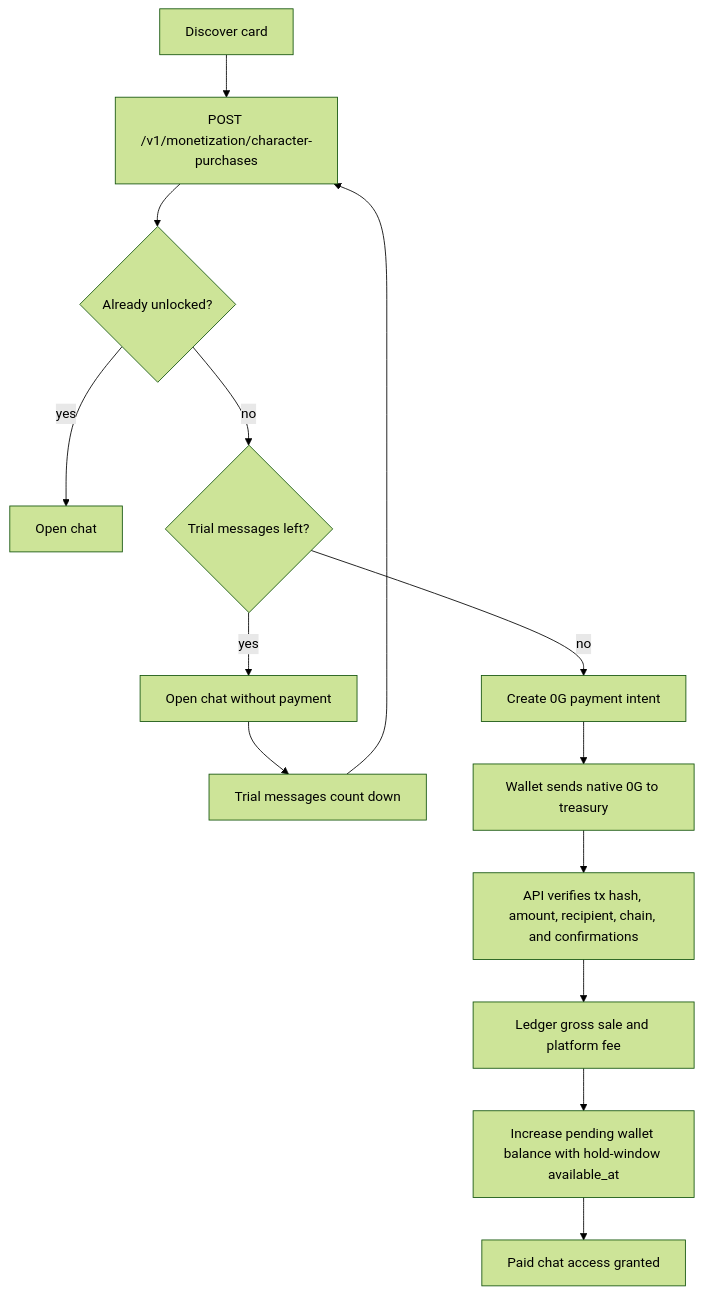
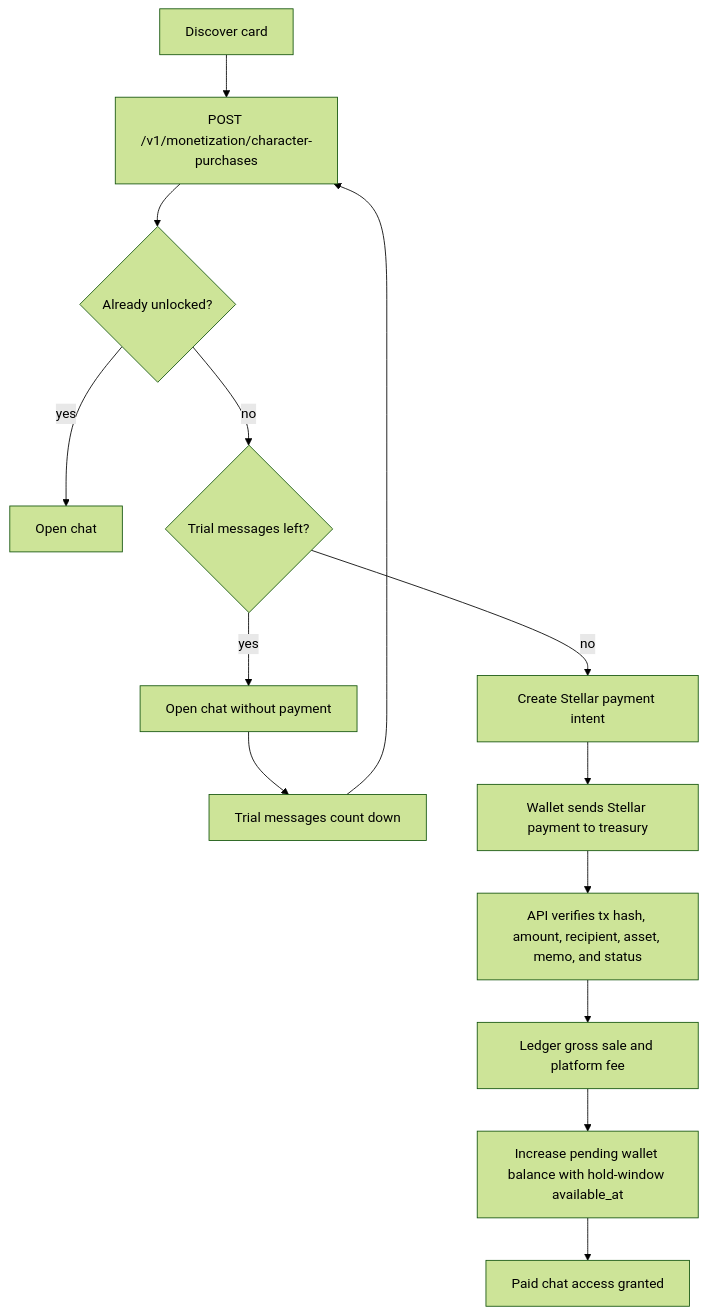
Before and after one commit to Afnanksalal/hana-chat: the first of 2 diagrams in docs/monetization-payouts.md, drawn with Mermaid (forest theme). The commit also changed other lines of this file and 61 other files, not shown here.

First line of the commit message:
Release Stellar payment and memory cutover

````diff
--- a/docs/monetization-payouts.md
+++ b/docs/monetization-payouts.md
@@ -32,16 +32,16 @@
 ```mermaid
 flowchart TD
   Discover["Discover card"] --> CreatePurchase["POST /v1/monetization/character-purchases"]
   CreatePurchase --> AlreadyPaid{"Already unlocked?"}
   AlreadyPaid -- yes --> Chat["Open chat"]
   AlreadyPaid -- no --> Trial{"Trial messages left?"}
   Trial -- yes --> TrialChat["Open chat without payment"]
   TrialChat --> TrialDone["Trial messages count down"]
   TrialDone --> CreatePurchase
-  Trial -- no --> Intent["Create 0G payment intent"]
-  Intent --> Wallet["Wallet sends native 0G to treasury"]
-  Wallet --> Verify["API verifies tx hash, amount, recipient, chain, and confirmations"]
+  Trial -- no --> Intent["Create Stellar payment intent"]
+  Intent --> Wallet["Wallet sends Stellar payment to treasury"]
+  Wallet --> Verify["API verifies tx hash, amount, recipient, asset, memo, and status"]
   Verify --> Ledger["Ledger gross sale and platform fee"]
   Ledger --> CreatorWallet["Increase pending wallet balance with hold-window available_at"]
   CreatorWallet --> Access["Paid chat access granted"]
 ```
````
